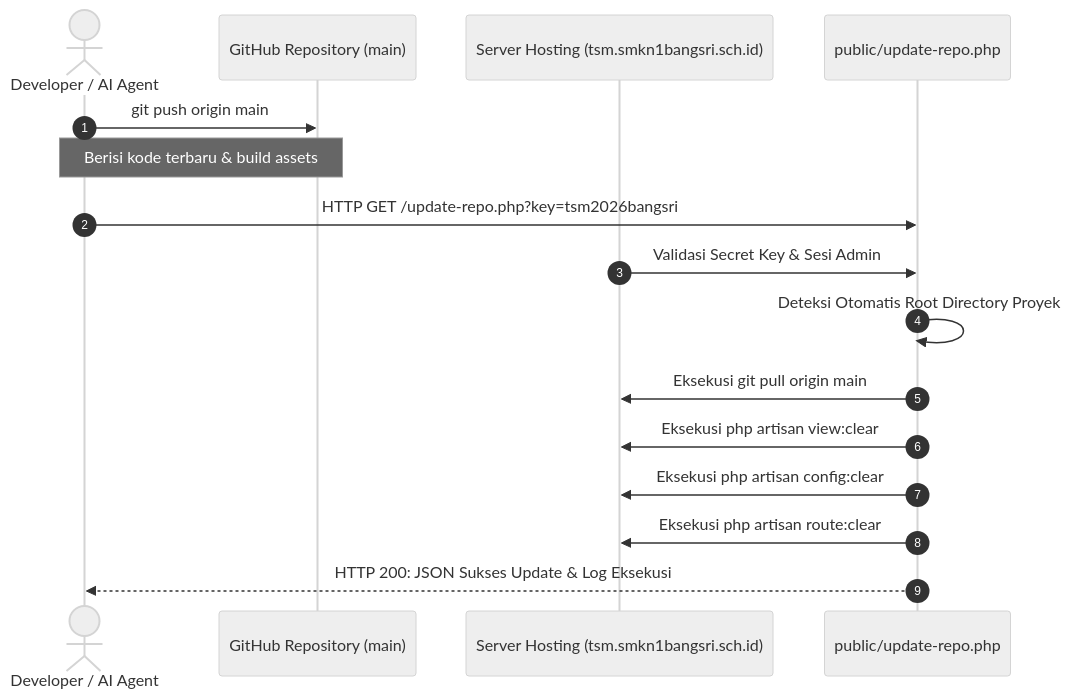
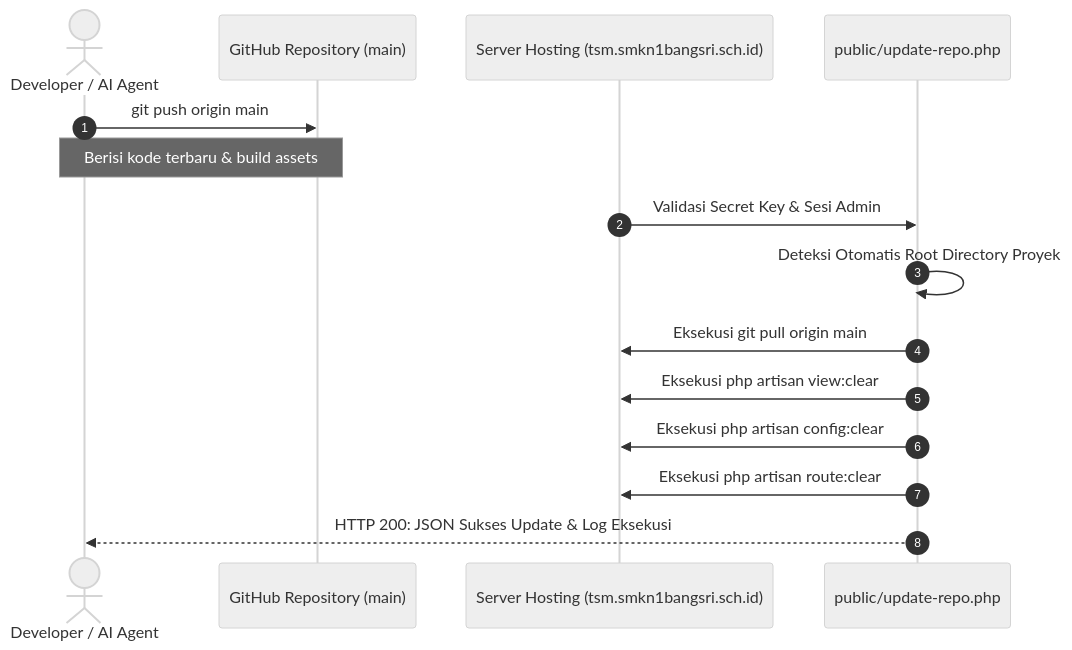
The third of 3 diagrams in docs/LAPORAN_1_SISTEM_ARSITEKTUR_DAN_SPESIFIKASI.md (rayyanqatrunada/toweb), drawn with Mermaid (neutral theme) before and after one commit. The commit also changed 40 other files, not shown here.

````diff
--- a/docs/LAPORAN_1_SISTEM_ARSITEKTUR_DAN_SPESIFIKASI.md
+++ b/docs/LAPORAN_1_SISTEM_ARSITEKTUR_DAN_SPESIFIKASI.md
@@ -235,22 +235,21 @@
 ```mermaid
 sequenceDiagram
     autonumber
     actor Dev as Developer / AI Agent
     participant Git as GitHub Repository (main)
     participant Host as Server Hosting (tsm.smkn1bangsri.sch.id)
     participant Script as public/update-repo.php
     
     Dev->>Git: git push origin main
     Note over Dev,Git: Berisi kode terbaru & build assets
-    
-    Dev->>Script: HTTP GET /update-repo.php?key=tsm2026bangsri
+
     Host->>Script: Validasi Secret Key & Sesi Admin
     
     Script->>Script: Deteksi Otomatis Root Directory Proyek
     Script->>Host: Eksekusi git pull origin main
     Script->>Host: Eksekusi php artisan view:clear
     Script->>Host: Eksekusi php artisan config:clear
     Script->>Host: Eksekusi php artisan route:clear
     
     Script-->>Dev: HTTP 200: JSON Sukses Update & Log Eksekusi
 ```
````
